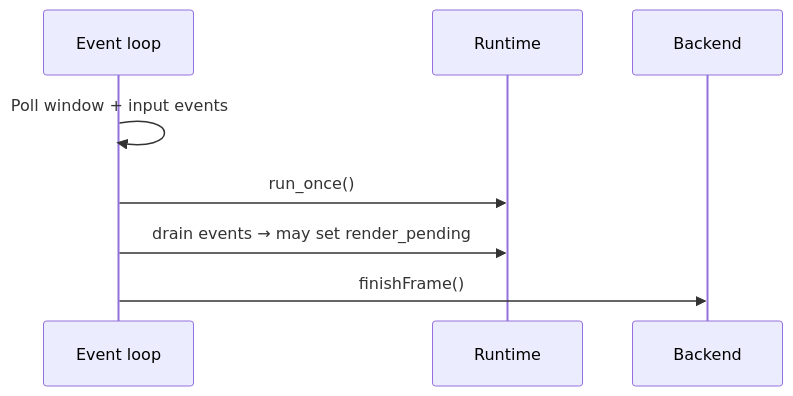
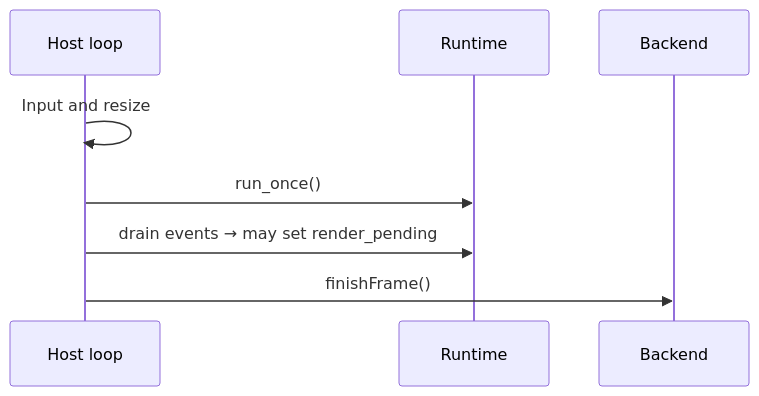
One commit to josxha/maplibre-native-ffi changed the second of 3 diagrams in docs/src/content/docs/development/map-example-specification.md. Above: the diagram before and after it, drawn with Mermaid. The commit also changed other lines of this file and 5 other files, not shown here.

````diff
--- a/docs/src/content/docs/development/map-example-specification.md
+++ b/docs/src/content/docs/development/map-example-specification.md
@@ -252,11 +230,11 @@
 ```mermaid
 sequenceDiagram
-  participant EL as Event loop
+  participant EL as Host loop
   participant RT as Runtime
   participant BE as Backend
 
-  EL->>EL: Poll window + input events
+  EL->>EL: Input and resize
   EL->>RT: run_once()
   EL->>RT: drain events → may set render_pending
   EL->>BE: finishFrame()
 ```
````
